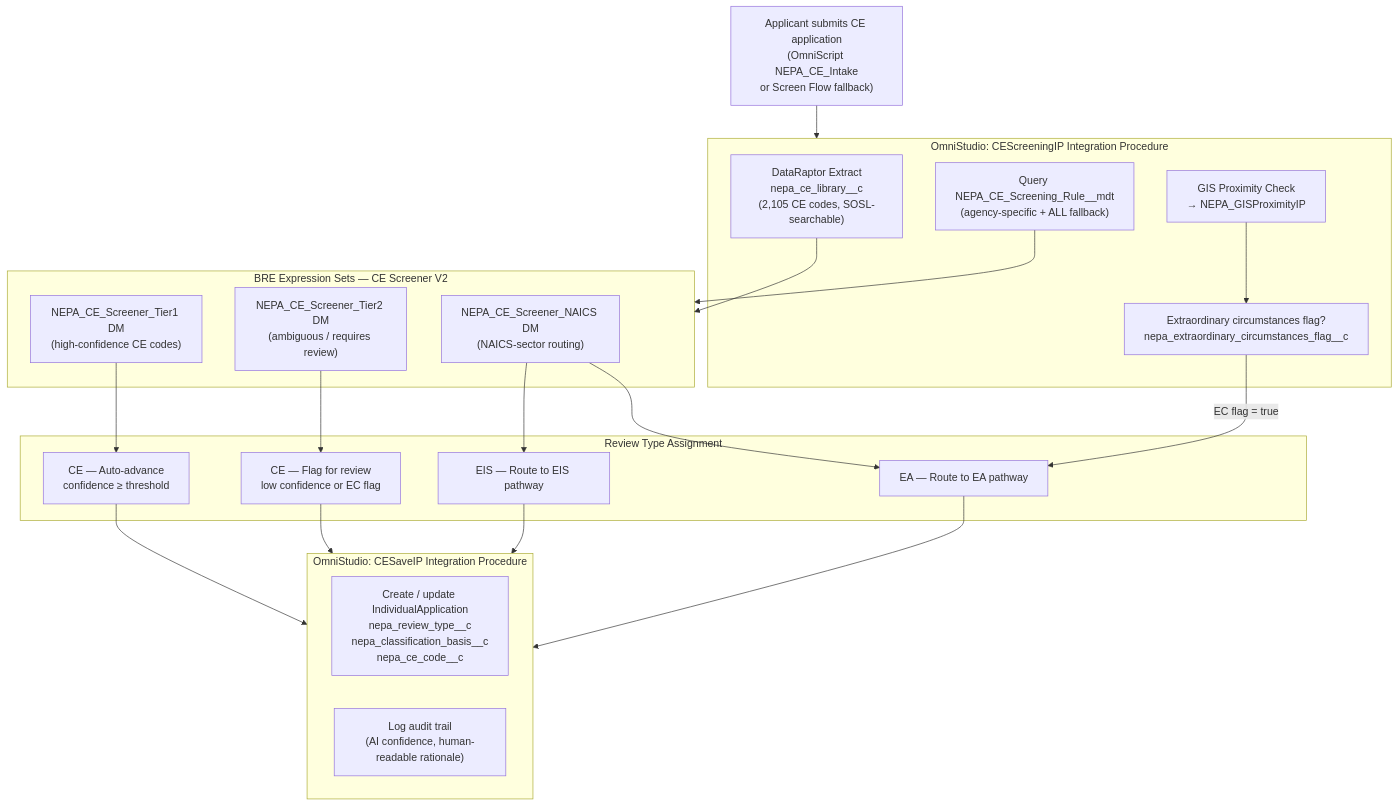
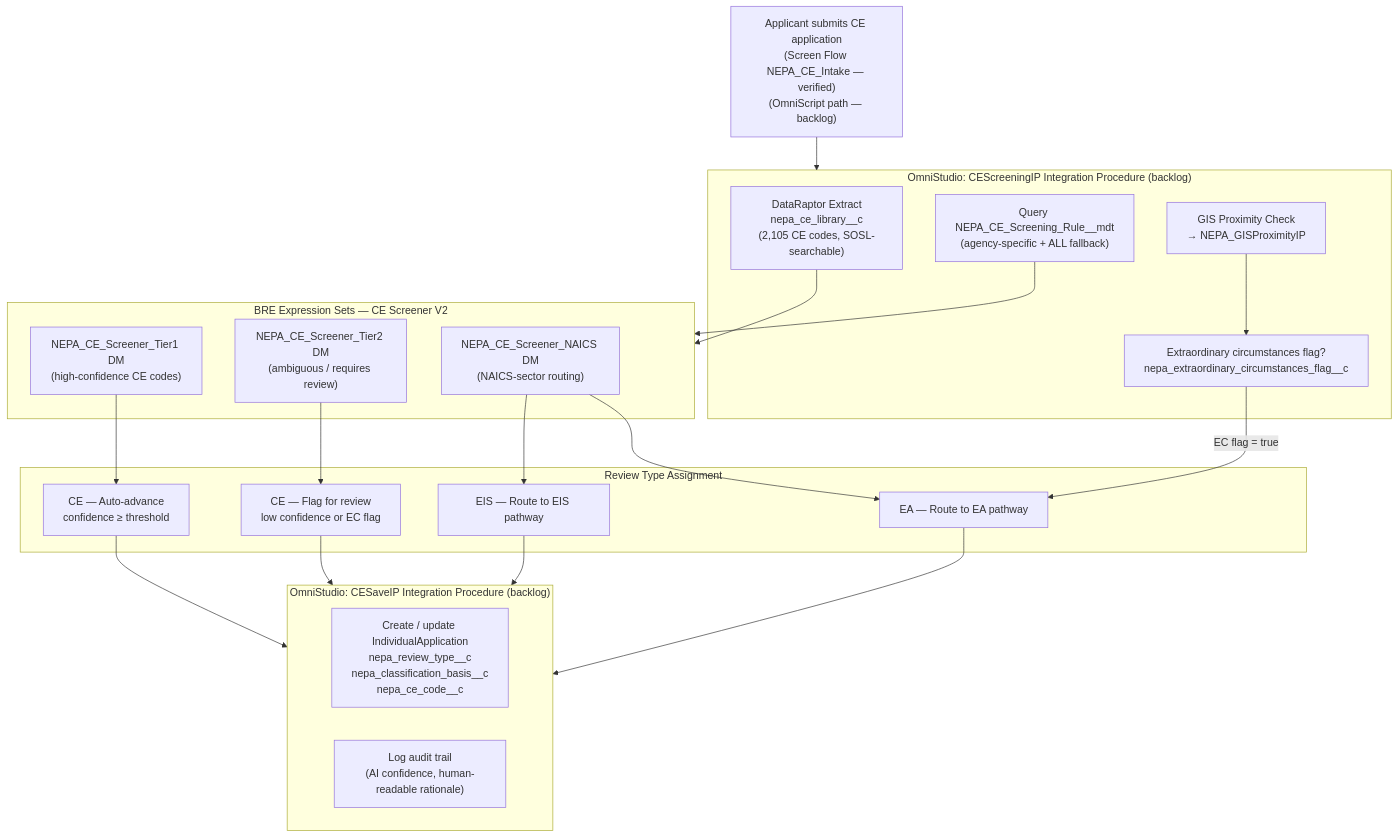
One commit to SFDC-Assets/PSA-NEPA-Permitting changed the fourth of 11 diagrams in docs/ARCHITECTURE-DIAGRAMS.md. Above: the diagram before and after it, drawn with Mermaid. The commit also changed other lines of this file and 32 other files, not shown here.

First line of the commit message:
Reclassify OmniStudio components as backlog across all documentation

````diff
--- a/docs/ARCHITECTURE-DIAGRAMS.md
+++ b/docs/ARCHITECTURE-DIAGRAMS.md
@@ -217,39 +219,39 @@
 ```mermaid
 flowchart TD
-    A["Applicant submits CE application\n(OmniScript NEPA_CE_Intake\nor Screen Flow fallback)"]
+    A["Applicant submits CE application\n(Screen Flow NEPA_CE_Intake — verified)\n(OmniScript path — backlog)"]
 
-    subgraph CEScreeningIP["OmniStudio: CEScreeningIP Integration Procedure"]
+    subgraph CEScreeningIP["OmniStudio: CEScreeningIP Integration Procedure (backlog)"]
         S1["DataRaptor Extract\nnepa_ce_library__c\n(2,105 CE codes, SOSL-searchable)"]
         S2["Query NEPA_CE_Screening_Rule__mdt\n(agency-specific + ALL fallback)"]
         S3["GIS Proximity Check\n→ NEPA_GISProximityIP"]
         S4["Extraordinary circumstances flag?\nnepa_extraordinary_circumstances_flag__c"]
     end
 
     subgraph BRE_CE["BRE Expression Sets — CE Screener V2"]
         C1["NEPA_CE_Screener_Tier1 DM\n(high-confidence CE codes)"]
         C2["NEPA_CE_Screener_Tier2 DM\n(ambiguous / requires review)"]
         C3["NEPA_CE_Screener_NAICS DM\n(NAICS-sector routing)"]
     end
 
     subgraph Outcomes["Review Type Assignment"]
         O1["CE — Auto-advance\nconfidence ≥ threshold"]
         O2["CE — Flag for review\nlow confidence or EC flag"]
         O3["EA — Route to EA pathway"]
         O4["EIS — Route to EIS pathway"]
     end
 
     A --> CEScreeningIP
     S1 & S2 --> BRE_CE
     S3 --> S4
     S4 -->|EC flag = true| O3
     C1 --> O1
     C2 --> O2
     C3 --> O3 & O4
 
-    subgraph CESaveIP["OmniStudio: CESaveIP Integration Procedure"]
+    subgraph CESaveIP["OmniStudio: CESaveIP Integration Procedure (backlog)"]
         W1["Create / update IndividualApplication\nnepa_review_type__c\nnepa_classification_basis__c\nnepa_ce_code__c"]
         W2["Log audit trail\n(AI confidence, human-readable rationale)"]
     end
 
     O1 & O2 & O3 & O4 --> CESaveIP
 ```
````
